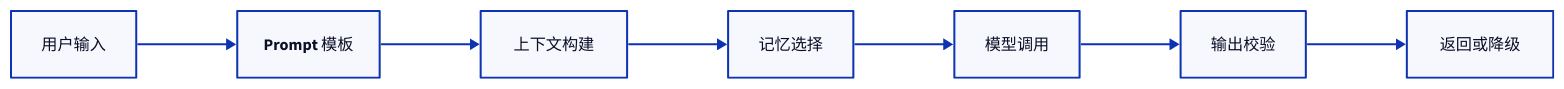
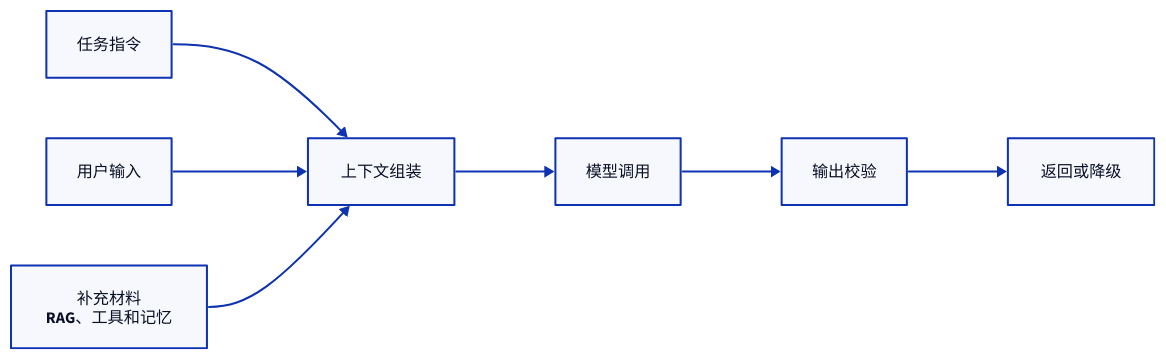
The first of 2 diagrams in apps/docs/ai/Agent/提示词工程.md (youngluo/thinking), drawn with D2 before and after one commit. The commit also changed other lines of this file and 2 other files, not shown here.

Commit message:
docs(ai): refine prompt engineering guide

````diff
--- a/apps/docs/ai/Agent/提示词工程.md
+++ b/apps/docs/ai/Agent/提示词工程.md
@@ -14,15 +12,17 @@
 ```d2
 direction: right
 
-A: 用户输入
-B: Prompt 模板
-C: 上下文构建
-D: 记忆选择
+A: 任务指令
+B: 用户输入
+C: 补充材料\nRAG、工具和记忆
+D: 上下文组装
 E: 模型调用
 F: 输出校验
-G: 返回或降级 {
-  class: ok
-}
+G: 返回或降级
 
-A -> B -> C -> D -> E -> F -> G
+A -> D
+B -> D
+C -> D
+D -> E
+E -> F -> G
 ```
````
